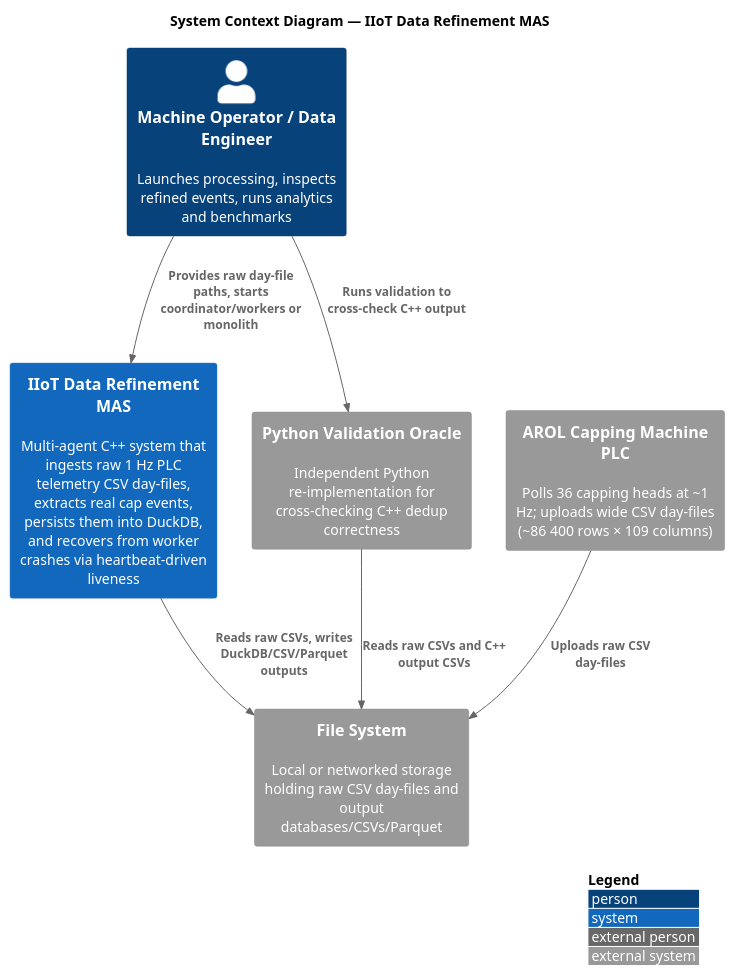
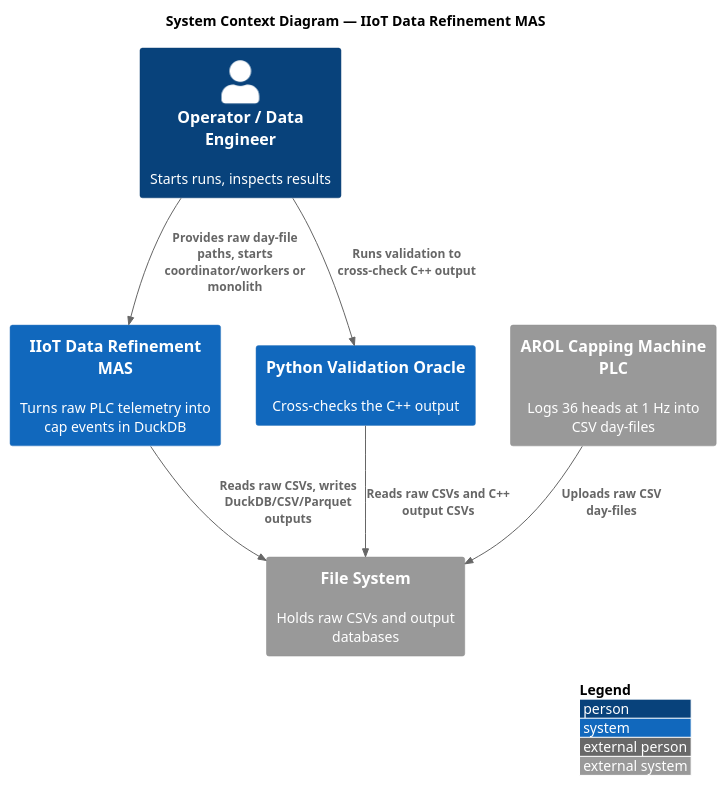
Before and after one commit to Giuseppeclv008/QuerProjectQ3: the diagram in docs/diagrams/c4-context.puml, drawn with PlantUML. The commit also changed 3 other files, not shown here.

Commit message:
docs: simplify descriptions in C4 architecture diagrams and regenerate PNGs

```diff
--- a/docs/diagrams/c4-context.puml
+++ b/docs/diagrams/c4-context.puml
@@ -1,21 +1,21 @@
 @startuml C4_Context
 !include https://raw.githubusercontent.com/plantuml-stdlib/C4-PlantUML/master/C4_Context.puml
 
 LAYOUT_WITH_LEGEND()
 title System Context Diagram — IIoT Data Refinement MAS
 
-Person(operator, "Machine Operator / Data Engineer", "Launches processing, inspects refined events, runs analytics and benchmarks")
+Person(operator, "Operator / Data Engineer", "Starts runs, inspects results")
 
-System(mas, "IIoT Data Refinement MAS", "Multi-agent C++ system that ingests raw 1 Hz PLC telemetry CSV day-files, extracts real cap events, persists them into DuckDB, and recovers from worker crashes via heartbeat-driven liveness")
+System(mas, "IIoT Data Refinement MAS", "Turns raw PLC telemetry into cap events in DuckDB")
 
-System_Ext(plc, "AROL Capping Machine PLC", "Polls 36 capping heads at ~1 Hz; uploads wide CSV day-files (~86 400 rows × 109 columns)")
-System_Ext(fs, "File System", "Local or networked storage holding raw CSV day-files and output databases/CSVs/Parquet")
-System_Ext(oracle, "Python Validation Oracle", "Independent Python re-implementation for cross-checking C++ dedup correctness")
+System_Ext(plc, "AROL Capping Machine PLC", "Logs 36 heads at 1 Hz into CSV day-files")
+System_Ext(fs, "File System", "Holds raw CSVs and output databases")
+System(oracle, "Python Validation Oracle", "Cross-checks the C++ output")
 
 Rel(plc, fs, "Uploads raw CSV day-files")
 Rel(operator, mas, "Provides raw day-file paths, starts coordinator/workers or monolith")
 Rel(mas, fs, "Reads raw CSVs, writes DuckDB/CSV/Parquet outputs")
 Rel(operator, oracle, "Runs validation to cross-check C++ output")
 Rel(oracle, fs, "Reads raw CSVs and C++ output CSVs")
 
 @enduml
```
